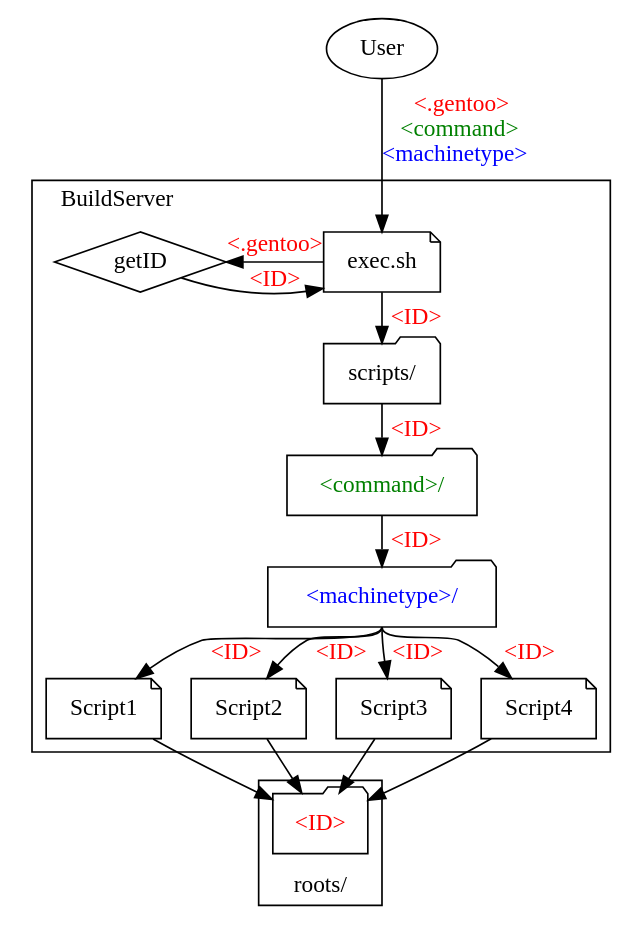
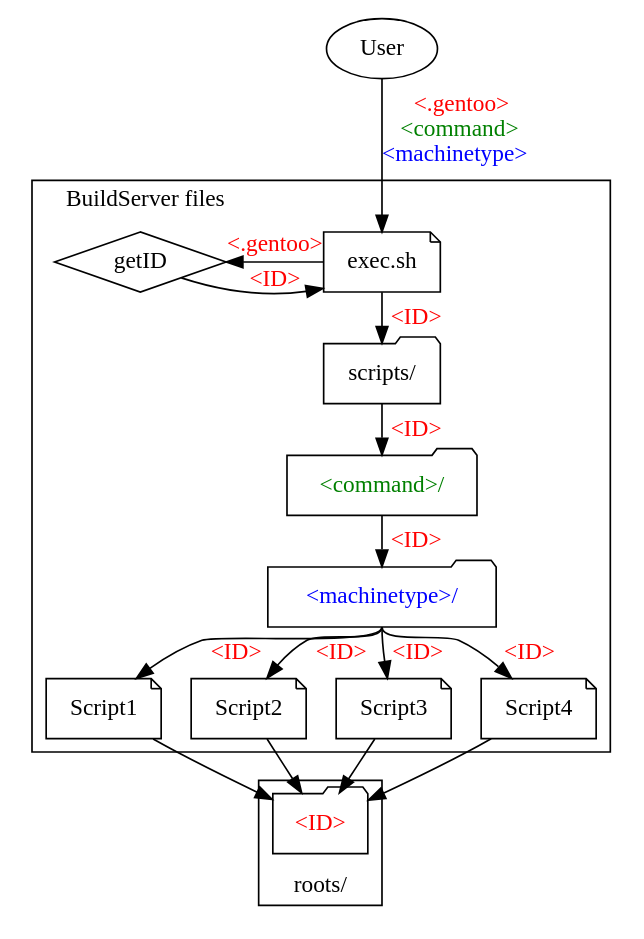
The diagram in doc/graph/BuildServer.dot (IBT-FMI/NeuroGentooProject), drawn with Graphviz before and after one commit. The commit also changed 5 other files, not shown here.

```diff
--- a/doc/graph/BuildServer.dot
+++ b/doc/graph/BuildServer.dot
@@ -1,36 +1,36 @@
 digraph{
 	rankdir=TB;
 	ranksep=0.05;
 	User;
 	subgraph cluster0{
 		labeljust=l;
-		label="BuildServer"
+		label="BuildServer files"
 		{rank=same
 		exec[shape="note", label="exec.sh"];
 		getID[shape="diamond"];
 		}
 		scripts[shape="folder",label="scripts/"];
 		command[shape="folder",label="<command>/",fontcolor="green"];
 		machinetype[shape="folder",label="<machinetype>/",fontcolor="blue"];
 		node[shape="note"];
 		Script1;
 		Script2;
 		Script3;
 		Script4;
 	}
 	subgraph cluster1{
 		labelloc=b;
 		label="roots/"
 		Root[shape="folder",label="<ID>",fontcolor="red"];
 	}
 	
 	User -> exec[label=<<FONT color="red">&lt;.gentoo&gt;</FONT><BR/><FONT color="green">&lt;command&gt;</FONT><BR/><FONT color="blue">&lt;machinetype&gt;</FONT>>]
 	exec -> getID[label="<.gentoo>", fontcolor="red"];
 	getID -> exec[label="<ID>",fontcolor="red"];
 	exec -> scripts [label="<ID>",fontcolor="red"]
 	scripts -> command -> machinetype [label="<ID>",fontcolor="red"];
 	machinetype:s -> {Script1,Script2,Script3,Script4}[label="<ID>",fontcolor="red"];
 	 {Script1,Script2,Script3,Script4}-> Root;
 	edge[style="dotted",constraint=false, arrowhead="empty"]
 	#Script1 -> Script2 -> Script3 -> Script4;
 }
```
